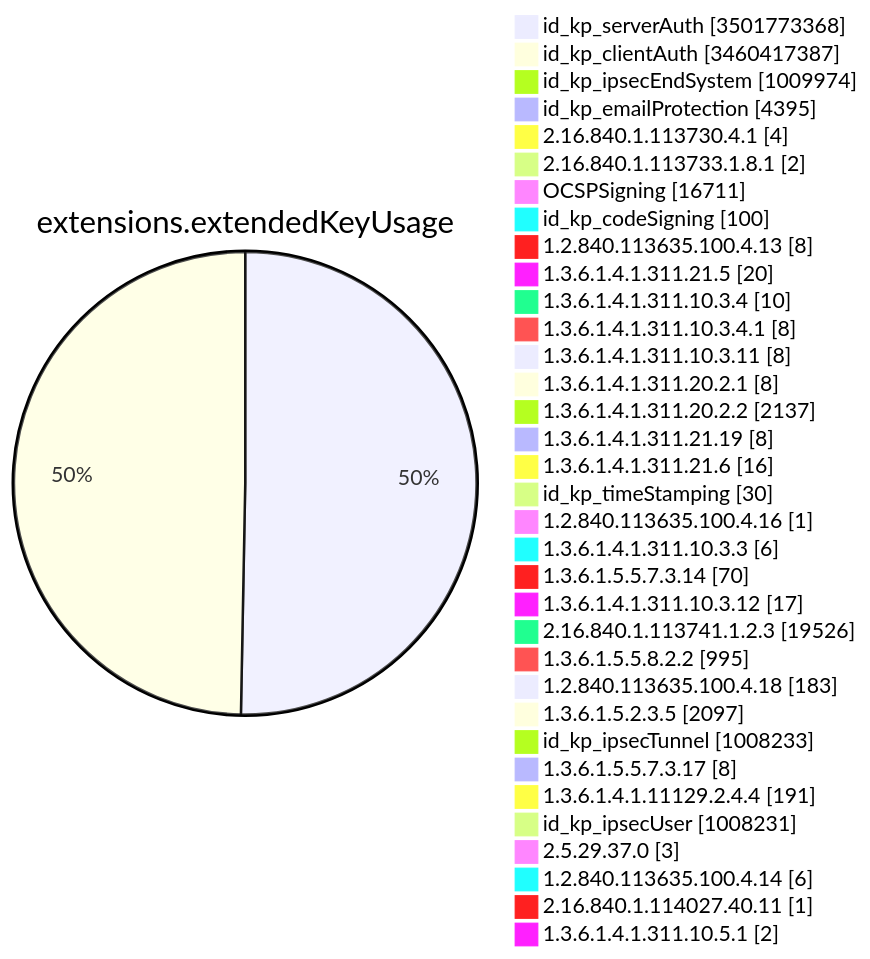
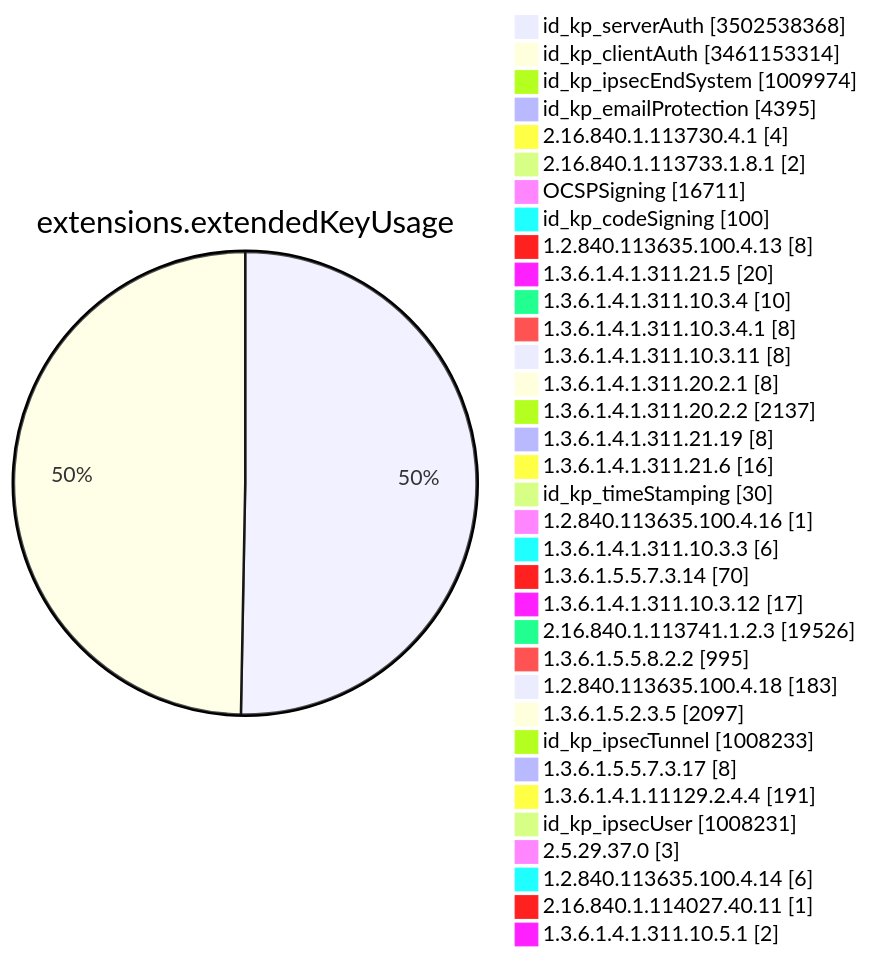
Before and after one commit to christiankrug/ctmonitor_visualization: diagram 11 of 15 in TOTAL/README.md, drawn with Mermaid. The commit also changed other lines of this file, not shown here.

````diff
--- a/TOTAL/README.md
+++ b/TOTAL/README.md
@@ -4126,38 +4126,38 @@
 ```mermaid
 pie showData
 title extensions.extendedKeyUsage
-"id_kp_serverAuth" :3501773368
-"id_kp_clientAuth" :3460417387
+"id_kp_serverAuth" :3502538368
+"id_kp_clientAuth" :3461153314
 "id_kp_ipsecEndSystem" :1009974
 "id_kp_emailProtection" :4395
 "2.16.840.1.113730.4.1" :4
 "2.16.840.1.113733.1.8.1" :2
 "OCSPSigning" :16711
 "id_kp_codeSigning" :100
 "1.2.840.113635.100.4.13" :8
 "1.3.6.1.4.1.311.21.5" :20
 "1.3.6.1.4.1.311.10.3.4" :10
 "1.3.6.1.4.1.311.10.3.4.1" :8
 "1.3.6.1.4.1.311.10.3.11" :8
 "1.3.6.1.4.1.311.20.2.1" :8
 "1.3.6.1.4.1.311.20.2.2" :2137
 "1.3.6.1.4.1.311.21.19" :8
 "1.3.6.1.4.1.311.21.6" :16
 "id_kp_timeStamping" :30
 "1.2.840.113635.100.4.16" :1
 "1.3.6.1.4.1.311.10.3.3" :6
 "1.3.6.1.5.5.7.3.14" :70
 "1.3.6.1.4.1.311.10.3.12" :17
 "2.16.840.1.113741.1.2.3" :19526
 "1.3.6.1.5.5.8.2.2" :995
 "1.2.840.113635.100.4.18" :183
 "1.3.6.1.5.2.3.5" :2097
 "id_kp_ipsecTunnel" :1008233
 "1.3.6.1.5.5.7.3.17" :8
 "1.3.6.1.4.1.11129.2.4.4" :191
 "id_kp_ipsecUser" :1008231
 "2.5.29.37.0" :3
 "1.2.840.113635.100.4.14" :6
 "2.16.840.1.114027.40.11" :1
 "1.3.6.1.4.1.311.10.5.1" :2
 ```
````
